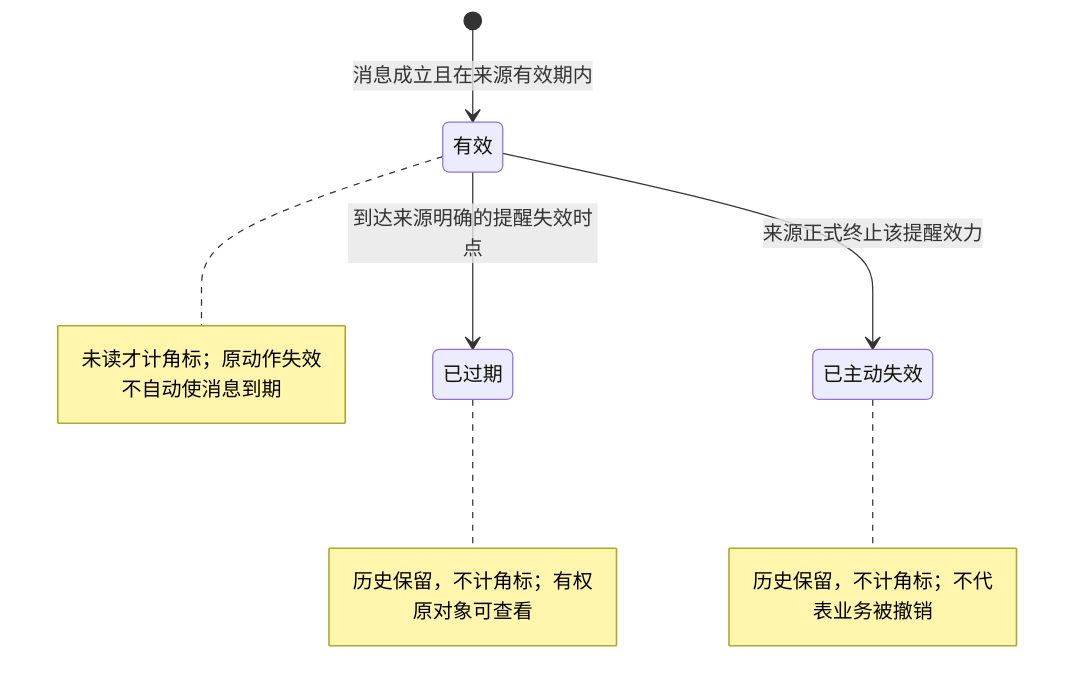
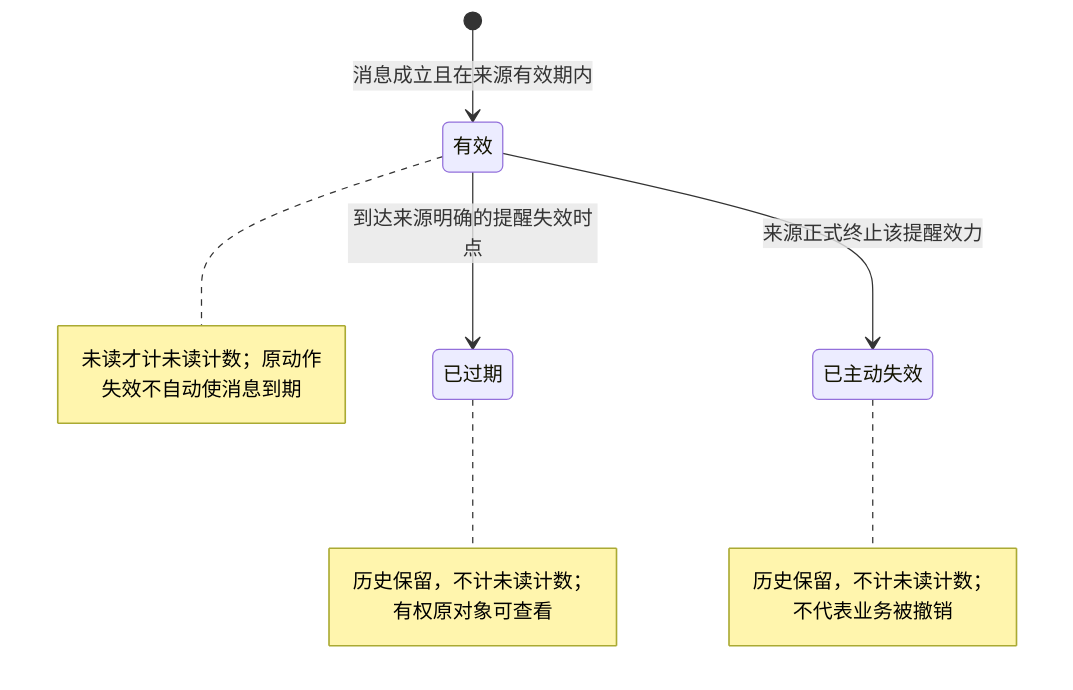
One commit to wxblockchain/Chain-Financing changed the seventh of 9 diagrams in lending-platform/PRD/v1.0-面客消息中心/02-面客消息中心-流程图与状态机.md. Above: the diagram before and after it, drawn with Mermaid. The commit also changed other lines of this file and 4 other files, not shown here.

````diff
--- a/lending-platform/PRD/v1.0-面客消息中心/02-面客消息中心-流程图与状态机.md
+++ b/lending-platform/PRD/v1.0-面客消息中心/02-面客消息中心-流程图与状态机.md
@@ -166,15 +164,15 @@
 ```mermaid
 stateDiagram-v2
     [*] --> 有效: 消息成立且在来源有效期内
     有效 --> 已过期: 到达来源明确的提醒失效时点
     有效 --> 已主动失效: 来源正式终止该提醒效力
     note right of 有效
-        未读才计角标；原动作失效不自动使消息到期
+        未读才计未读计数；原动作失效不自动使消息到期
     end note
     note right of 已过期
-        历史保留，不计角标；有权原对象可查看
+        历史保留，不计未读计数；有权原对象可查看
     end note
     note right of 已主动失效
-        历史保留，不计角标；不代表业务被撤销
+        历史保留，不计未读计数；不代表业务被撤销
     end note
 ```
````
